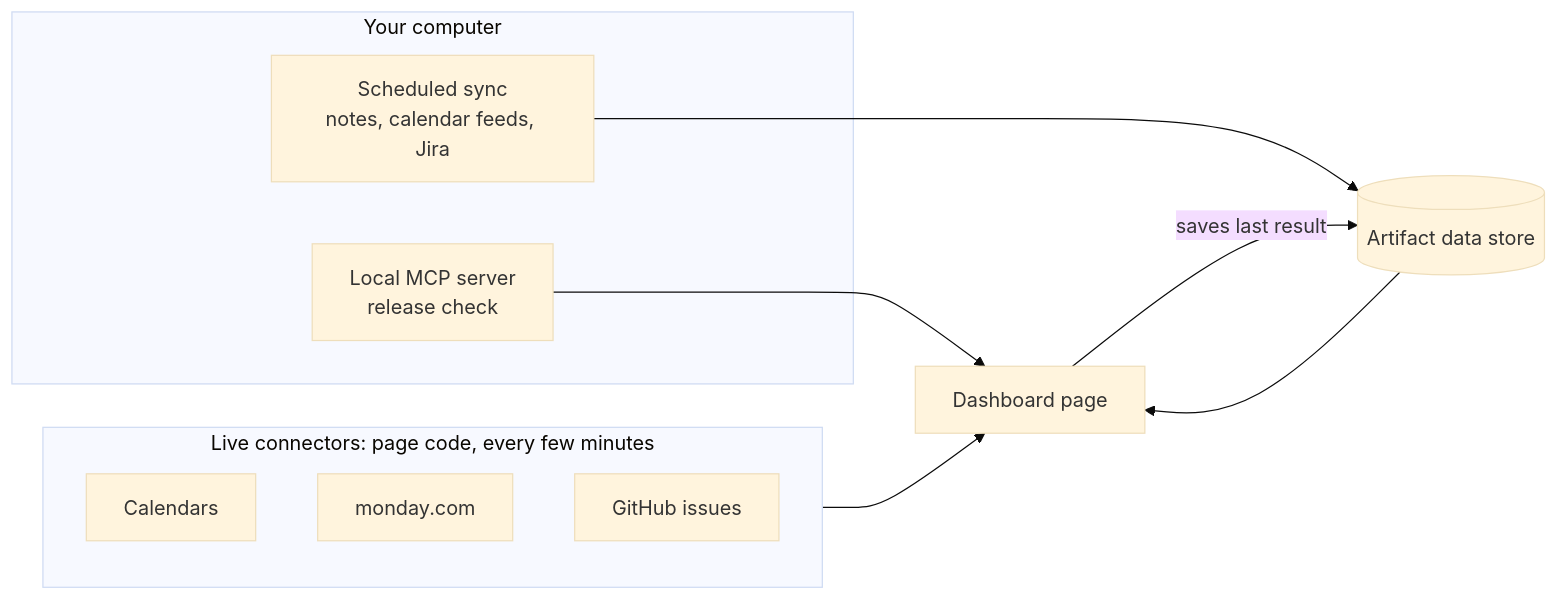
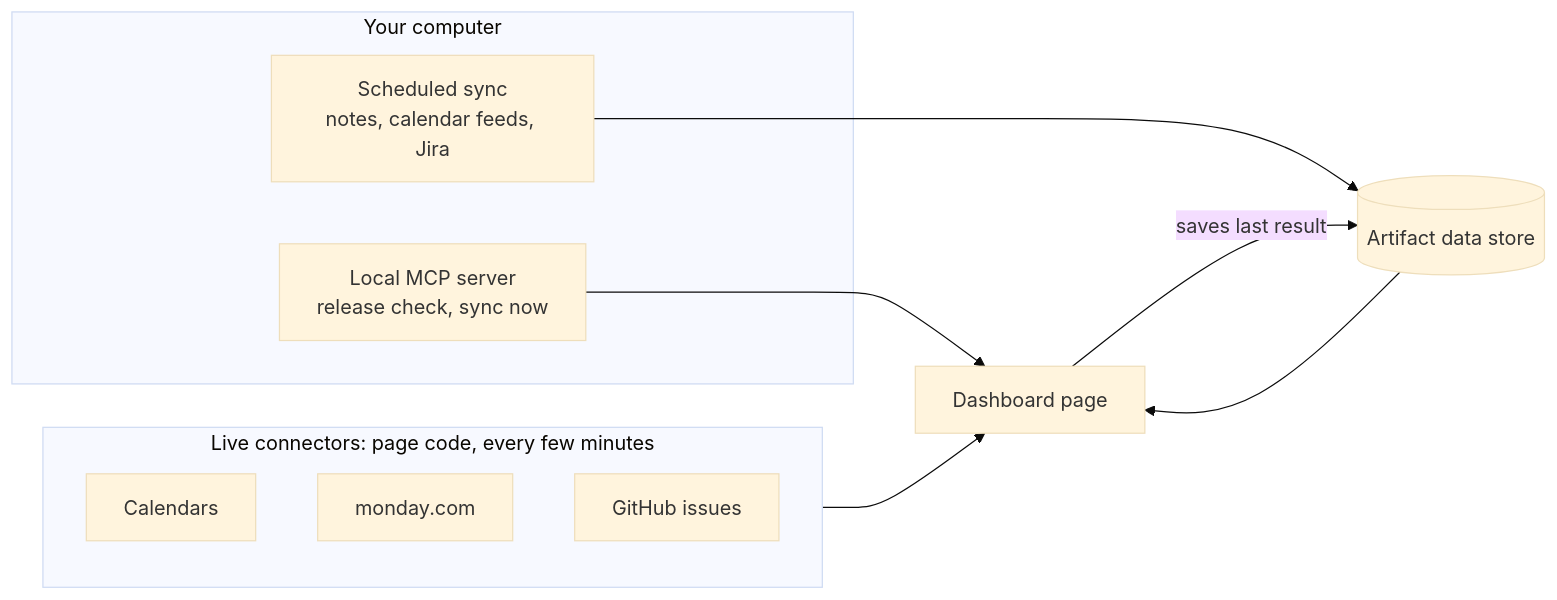
The diagram in practices/live-dashboard/README.md (lekman/ai-toolkit), drawn with Mermaid (base theme) before and after one commit. The commit also changed other lines of this file and 2 other files, not shown here.

First line of the commit message:
feat(practices): dashboard Refresh runs through the local server (#102)

````diff
--- a/practices/live-dashboard/README.md
+++ b/practices/live-dashboard/README.md
@@ -34,19 +34,19 @@
 ```mermaid
 flowchart LR
     subgraph live["Live connectors: page code, every few minutes"]
         CAL["Calendars"]
         MON["monday.com"]
         GH["GitHub issues"]
     end
     subgraph mac["Your computer"]
         SYNC["Scheduled sync<br/>notes, calendar feeds, Jira"]
-        MCP["Local MCP server<br/>release check"]
+        MCP["Local MCP server<br/>release check, sync now"]
     end
     DB[("Artifact data store")]
     PAGE["Dashboard page"]
 
     live --> PAGE
     SYNC --> DB --> PAGE
     MCP --> PAGE
     PAGE -- "saves last result" --> DB
 ```
````
